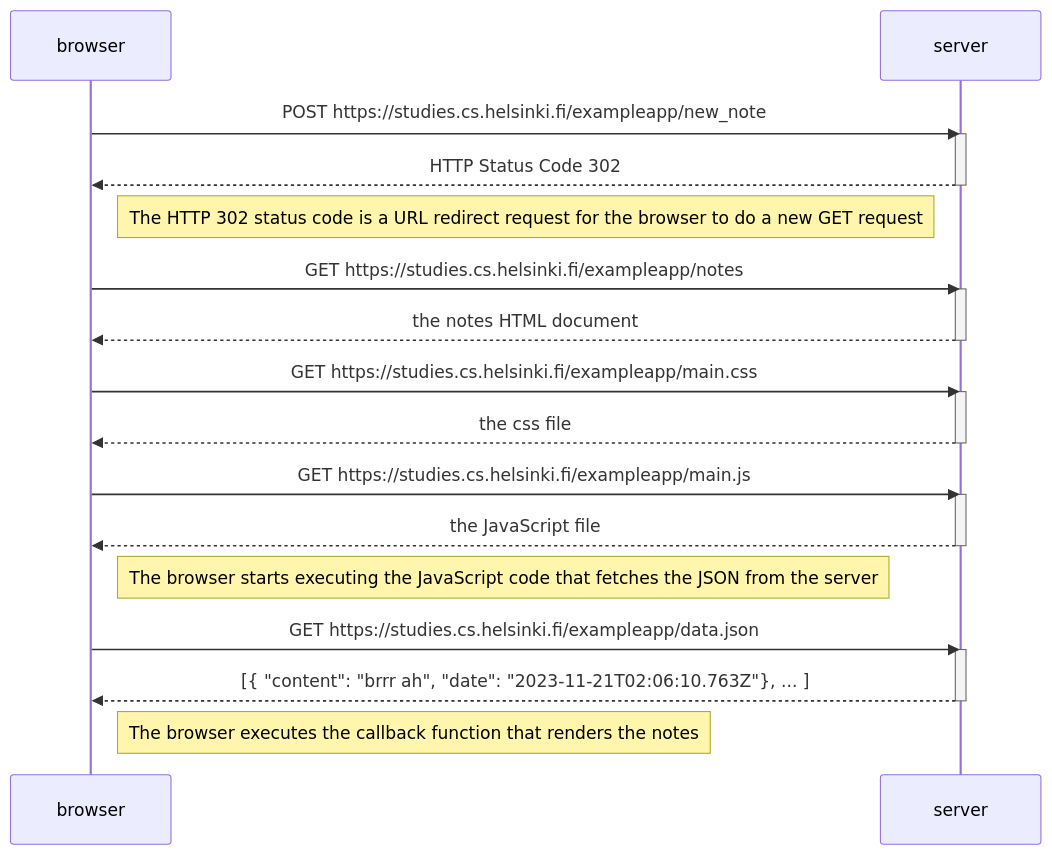
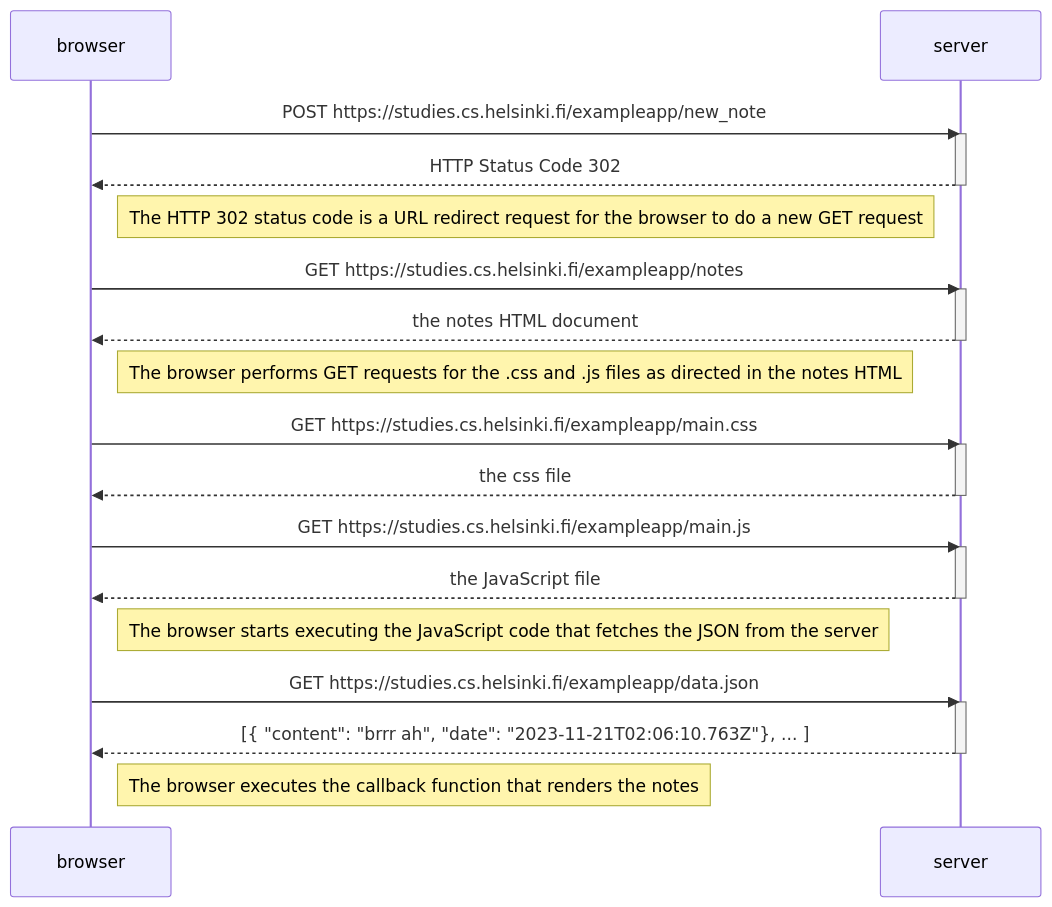
One commit to an-bui-nguyen/fullstack changed the diagram in part0/exercise-4.md. Above: the diagram before and after it, drawn with Mermaid.

````diff
--- a/part0/exercise-4.md
+++ b/part0/exercise-4.md
@@ -1,36 +1,39 @@
 ```mermaid
 sequenceDiagram
     participant browser
     participant server
 
     browser->>server: POST https://studies.cs.helsinki.fi/exampleapp/new_note
     activate server
     server-->>browser: HTTP Status Code 302
     deactivate server
     
     Note right of browser: The HTTP 302 status code is a URL redirect request for the browser to do a new GET request
 
     browser->>server: GET https://studies.cs.helsinki.fi/exampleapp/notes
     activate server
     server-->>browser: the notes HTML document
     deactivate server
+
+    Note right of browser: The browser performs GET requests for the .css and .js files as directed in the notes HTML
+
 
     browser->>server: GET https://studies.cs.helsinki.fi/exampleapp/main.css
     activate server
     server-->>browser: the css file
     deactivate server
 
     browser->>server: GET https://studies.cs.helsinki.fi/exampleapp/main.js
     activate server
     server-->>browser: the JavaScript file
     deactivate server
 
     Note right of browser: The browser starts executing the JavaScript code that fetches the JSON from the server
 
     browser->>server: GET https://studies.cs.helsinki.fi/exampleapp/data.json
     activate server
     server-->>browser: [{ "content": "brrr ah", "date": "2023-11-21T02:06:10.763Z"}, ... ]
     deactivate server
 
     Note right of browser: The browser executes the callback function that renders the notes
 ```
````
